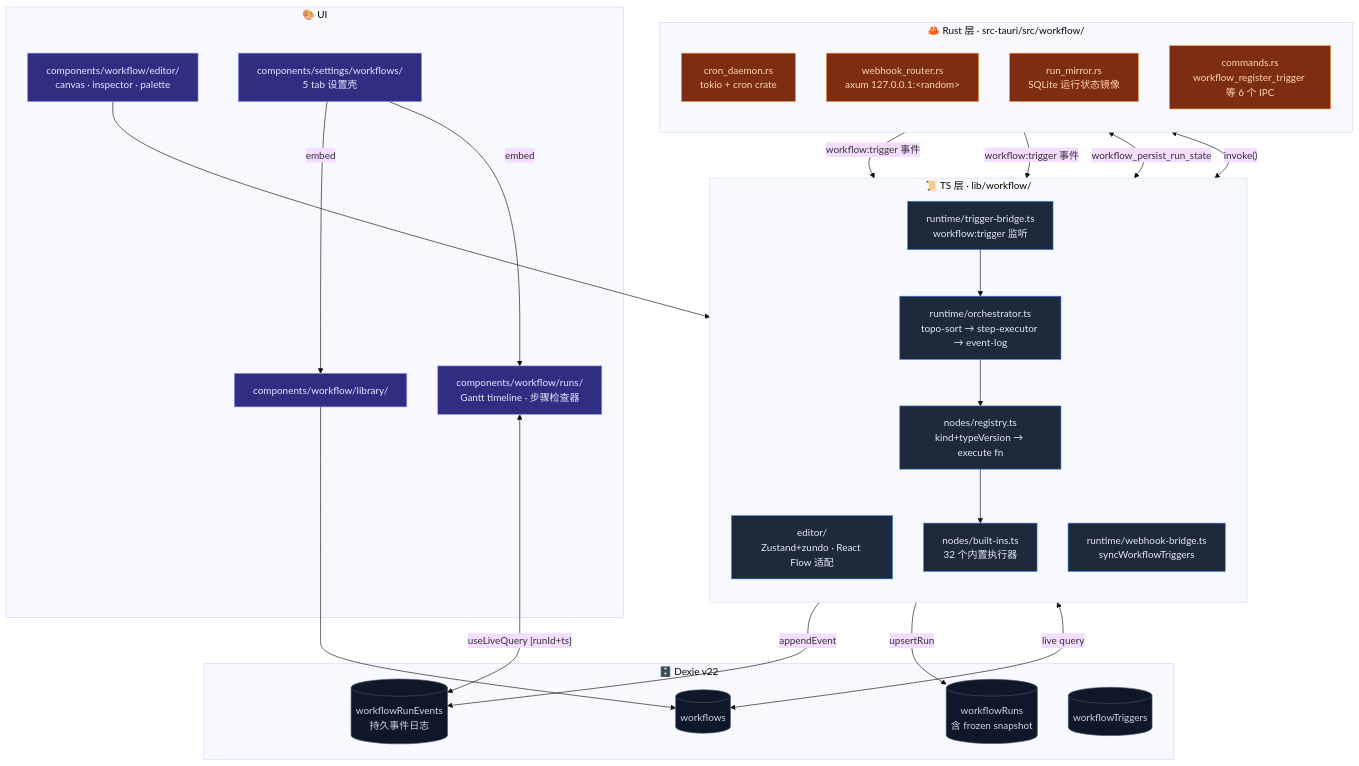
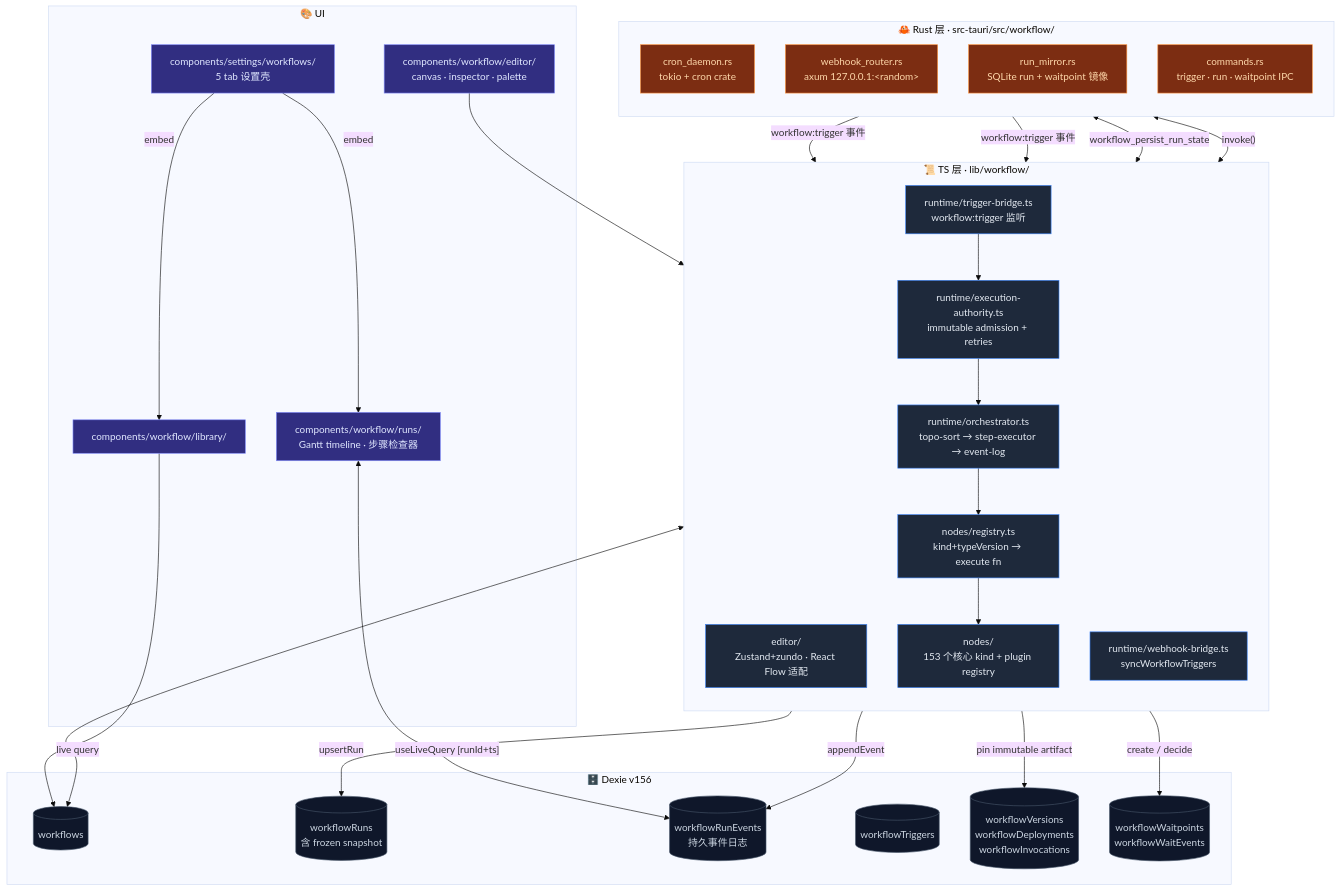
Before and after one commit to MaxQian888/cognia-next: the first of 2 diagrams in docs/content/docs/zh/subsystems/visual-workflows.mdx, drawn with Mermaid (base theme). The commit also changed other lines of this file and 93 other files, not shown here.

First line of the commit message:
feat(workflow): persist governed execution state

````diff
--- a/docs/content/docs/zh/subsystems/visual-workflows.mdx
+++ b/docs/content/docs/zh/subsystems/visual-workflows.mdx
@@ -30,61 +32,67 @@
 ```mermaid
 flowchart TB
   subgraph Rust["🦀 Rust 层 · src-tauri/src/workflow/"]
     direction TB
     Cron[cron_daemon.rs<br/>tokio + cron crate]
     Webhook[webhook_router.rs<br/>axum 127.0.0.1:&lt;random&gt;]
-    Mirror[run_mirror.rs<br/>SQLite 运行状态镜像]
-    Commands[commands.rs<br/>workflow_register_trigger 等 6 个 IPC]
+    Mirror[run_mirror.rs<br/>SQLite run + waitpoint 镜像]
+    Commands[commands.rs<br/>trigger · run · waitpoint IPC]
   end
 
   subgraph TS["📜 TS 层 · lib/workflow/"]
     direction TB
     Editor[editor/<br/>Zustand+zundo · React Flow 适配]
     Orchestrator[runtime/orchestrator.ts<br/>topo-sort → step-executor → event-log]
+    Authority[runtime/execution-authority.ts<br/>immutable admission + retries]
     Registry[nodes/registry.ts<br/>kind+typeVersion → execute fn]
-    BuiltIns[nodes/built-ins.ts<br/>32 个内置执行器]
+    BuiltIns[nodes/<br/>153 个核心 kind + plugin registry]
     Bridge[runtime/trigger-bridge.ts<br/>workflow:trigger 监听]
     WebhookBridge[runtime/webhook-bridge.ts<br/>syncWorkflowTriggers]
   end
 
-  subgraph Storage["🗄️ Dexie v22"]
+  subgraph Storage["🗄️ Dexie v156"]
     Workflows[(workflows)]
     Runs[(workflowRuns<br/>含 frozen snapshot)]
     Events[(workflowRunEvents<br/>持久事件日志)]
     Triggers[(workflowTriggers)]
+    Versions[(workflowVersions<br/>workflowDeployments<br/>workflowInvocations)]
+    Waitpoints[(workflowWaitpoints<br/>workflowWaitEvents)]
   end
 
   subgraph UI["🎨 UI"]
     Canvas[components/workflow/editor/<br/>canvas · inspector · palette]
     Library[components/workflow/library/]
     Runs2[components/workflow/runs/<br/>Gantt timeline · 步骤检查器]
     Settings[components/settings/workflows/<br/>5 tab 设置壳]
   end
 
   Cron -- "workflow:trigger 事件" --> Bridge
   Webhook -- "workflow:trigger 事件" --> Bridge
   Mirror <-- "workflow_persist_run_state" --> Orchestrator
   Commands <-- "invoke()" --> WebhookBridge
 
-  Bridge --> Orchestrator
+  Bridge --> Authority
+  Authority --> Orchestrator
   Orchestrator --> Registry
   Registry --> BuiltIns
   Orchestrator -- "appendEvent" --> Events
   Orchestrator -- "upsertRun" --> Runs
+  Authority -- "pin immutable artifact" --> Versions
+  Orchestrator -- "create / decide" --> Waitpoints
   Editor <-- "live query" --> Workflows
   Runs2 <-- "useLiveQuery [runId+ts]" --> Events
 
   Canvas --> Editor
   Library --> Workflows
   Settings -- "embed" --> Library
   Settings -- "embed" --> Runs2
 
   classDef rust fill:#7c2d12,stroke:#fb923c,color:#fed7aa
   classDef ts fill:#1e293b,stroke:#3b82f6,color:#e2e8f0
   classDef storage fill:#0f172a,stroke:#475569,color:#cbd5e1
   classDef ui fill:#312e81,stroke:#818cf8,color:#e0e7ff
   class Cron,Webhook,Mirror,Commands rust
-  class Editor,Orchestrator,Registry,BuiltIns,Bridge,WebhookBridge ts
-  class Workflows,Runs,Events,Triggers storage
+  class Editor,Authority,Orchestrator,Registry,BuiltIns,Bridge,WebhookBridge ts
+  class Workflows,Runs,Events,Triggers,Versions,Waitpoints storage
   class Canvas,Library,Runs2,Settings ui
 ```
````
